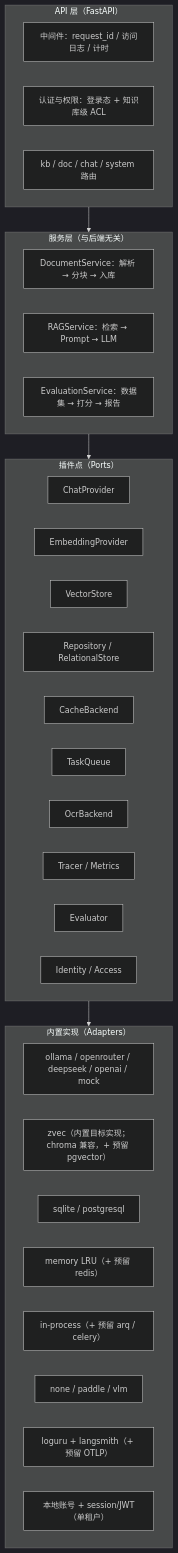
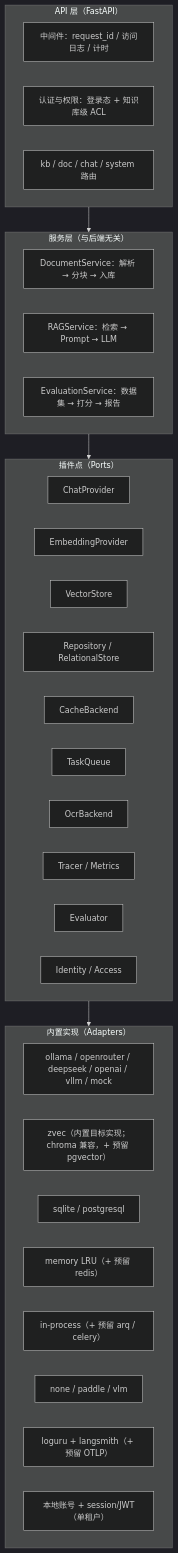
One commit to jackieismpc/inner-rag changed the diagram in docs/DEVELOPMENT_PLAN.md. Above: the diagram before and after it, drawn with Mermaid (dark theme). The commit also changed other lines of this file and 3 other files, not shown here.

````diff
--- a/docs/DEVELOPMENT_PLAN.md
+++ b/docs/DEVELOPMENT_PLAN.md
@@ -80,36 +80,36 @@
 ```mermaid
 flowchart TB
     subgraph API["API 层（FastAPI）"]
         MW["中间件：request_id / 访问日志 / 计时"]
         AUTH["认证与权限：登录态 + 知识库级 ACL"]
         R1["kb / doc / chat / system 路由"]
     end
     subgraph SVC["服务层（与后端无关）"]
         DOCS["DocumentService：解析 → 分块 → 入库"]
         RAGS["RAGService：检索 → Prompt → LLM"]
         EVAL["EvaluationService：数据集 → 打分 → 报告"]
     end
     subgraph PORTS["插件点（Ports）"]
         P1["ChatProvider"]
         P2["EmbeddingProvider"]
         P3["VectorStore"]
         P4["Repository / RelationalStore"]
         P5["CacheBackend"]
         P6["TaskQueue"]
         P7["OcrBackend"]
         P8["Tracer / Metrics"]
         P9["Evaluator"]
         P10["Identity / Access"]
     end
     subgraph IMPL["内置实现（Adapters）"]
-        A1["ollama / openrouter / deepseek / openai / mock"]
+        A1["ollama / openrouter / deepseek / openai / vllm / mock"]
         A2["zvec（内置目标实现；chroma 兼容，+ 预留 pgvector）"]
         A3["sqlite / postgresql"]
         A4["memory LRU（+ 预留 redis）"]
         A5["in-process（+ 预留 arq / celery）"]
         A6["none / paddle / vlm"]
         A7["loguru + langsmith（+ 预留 OTLP）"]
         A8["本地账号 + session/JWT（单租户）"]
     end
     API --> SVC --> PORTS --> IMPL
 ```
````
